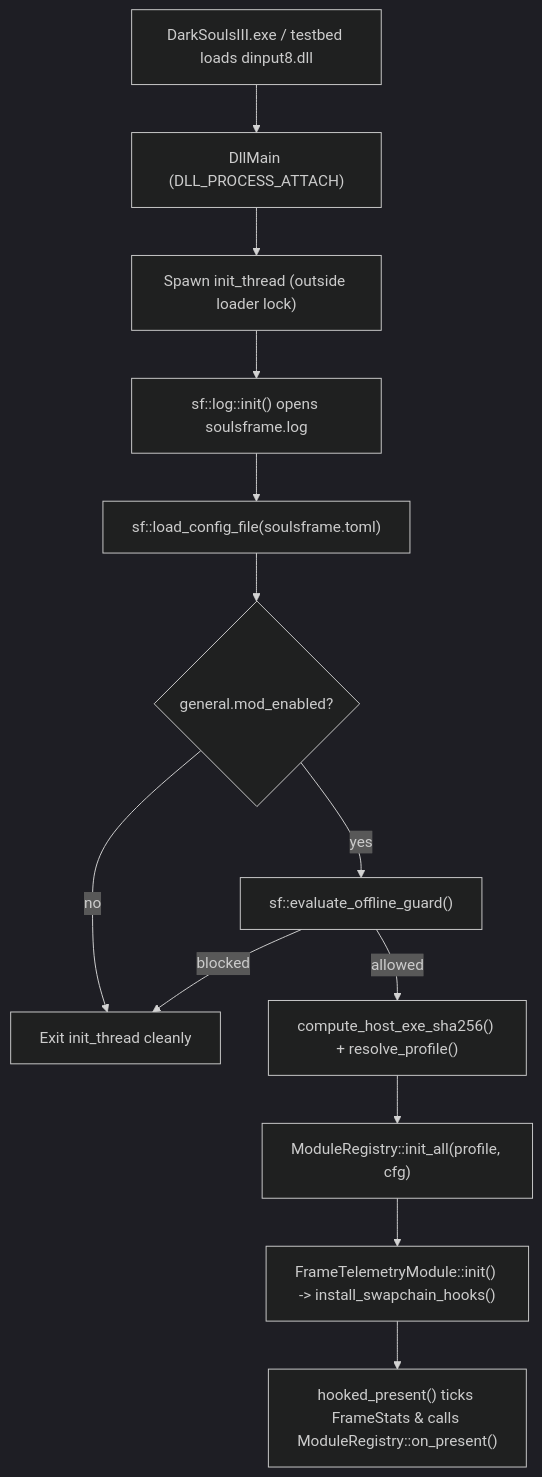
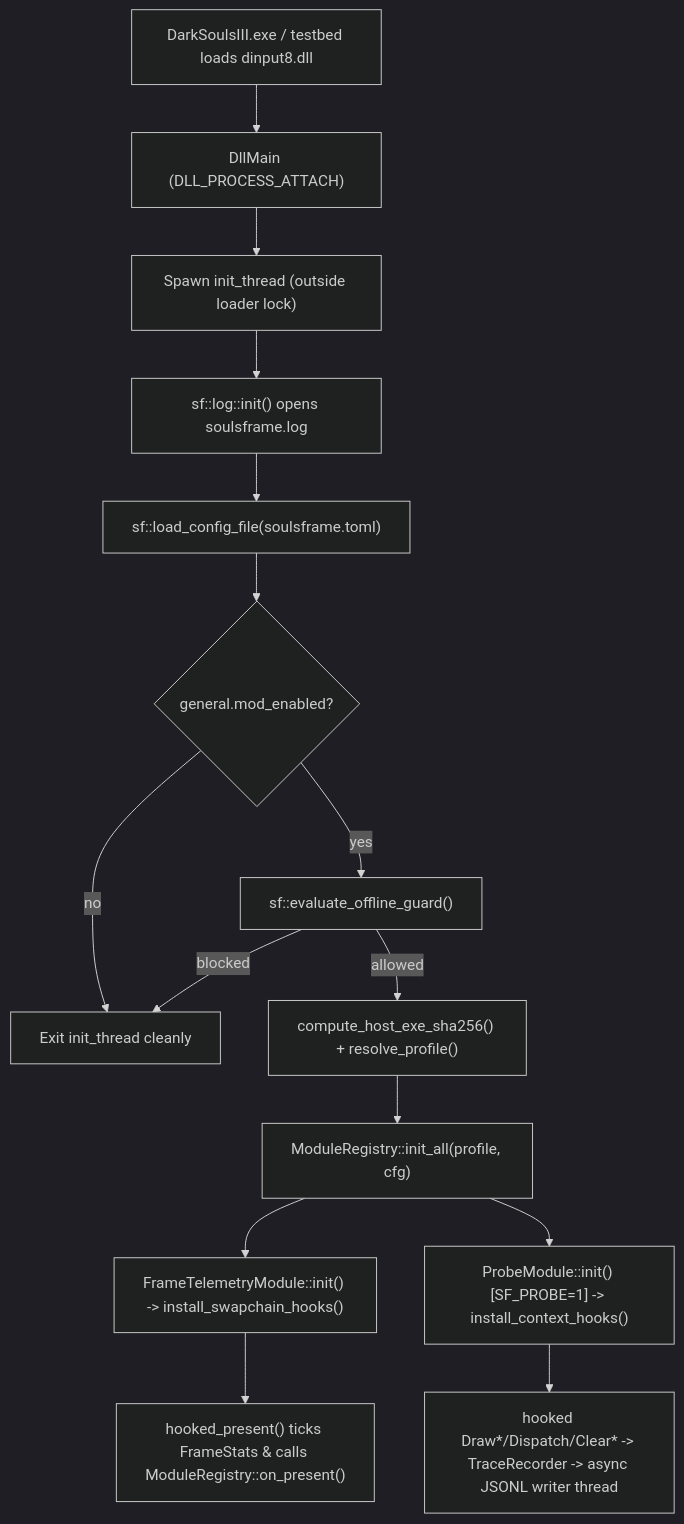
The diagram in docs/09-codebase-reference.md (hazalkoom/soulsframe), drawn with Mermaid (dark theme) before and after one commit. The commit also changed other lines of this file and 5 other files, not shown here.

Commit message:
docs(m2): update architecture, telemetry, vibe-coder guide, and Step 3 report

````diff
--- a/docs/09-codebase-reference.md
+++ b/docs/09-codebase-reference.md
@@ -7,15 +7,17 @@
 ```mermaid
 flowchart TD
   A["DarkSoulsIII.exe / testbed loads dinput8.dll"] --> B["DllMain (DLL_PROCESS_ATTACH)"]
   B --> C["Spawn init_thread (outside loader lock)"]
   C --> D["sf::log::init() opens soulsframe.log"]
   D --> E["sf::load_config_file(soulsframe.toml)"]
   E --> F{"general.mod_enabled?"}
   F -- no --> Z["Exit init_thread cleanly"]
   F -- yes --> G["sf::evaluate_offline_guard()"]
   G -- blocked --> Z
   G -- allowed --> H["compute_host_exe_sha256() + resolve_profile()"]
   H --> I["ModuleRegistry::init_all(profile, cfg)"]
   I --> J["FrameTelemetryModule::init() -> install_swapchain_hooks()"]
+  I --> P["ProbeModule::init() [SF_PROBE=1] -> install_context_hooks()"]
   J --> K["hooked_present() ticks FrameStats & calls ModuleRegistry::on_present()"]
+  P --> L["hooked Draw*/Dispatch/Clear* -> TraceRecorder -> async JSONL writer thread"]
 ```
````
